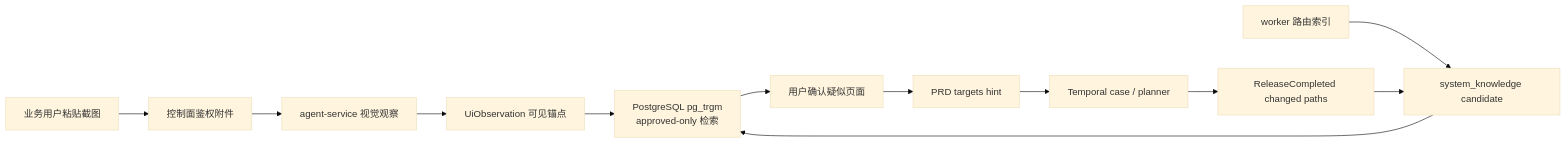
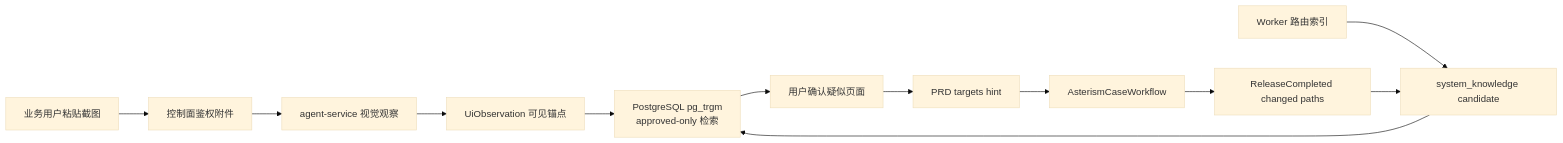
Before and after one commit to IsNoOneHere/asterism: the third of 3 diagrams in docs/architecture.md, drawn with Mermaid (base theme). The commit also changed other lines of this file and 70 other files, not shown here.

Commit message:
refactor: retire legacy execution architecture

````diff
--- a/docs/architecture.md
+++ b/docs/architecture.md
@@ -117,14 +80,14 @@
 ```mermaid
 flowchart LR
     U["业务用户粘贴截图"] --> A["控制面鉴权附件"]
     A --> V["agent-service 视觉观察"]
     V --> O["UiObservation 可见锚点"]
     O --> K["PostgreSQL pg_trgm\napproved-only 检索"]
     K --> C["用户确认疑似页面"]
     C --> P["PRD targets hint"]
-    P --> W["Temporal case / planner"]
-    R["worker 路由索引"] --> Q["system_knowledge candidate"]
+    P --> W["AsterismCaseWorkflow"]
+    R["Worker 路由索引"] --> Q["system_knowledge candidate"]
     Q --> K
     W --> L["ReleaseCompleted changed paths"]
     L --> Q
 ```
````
